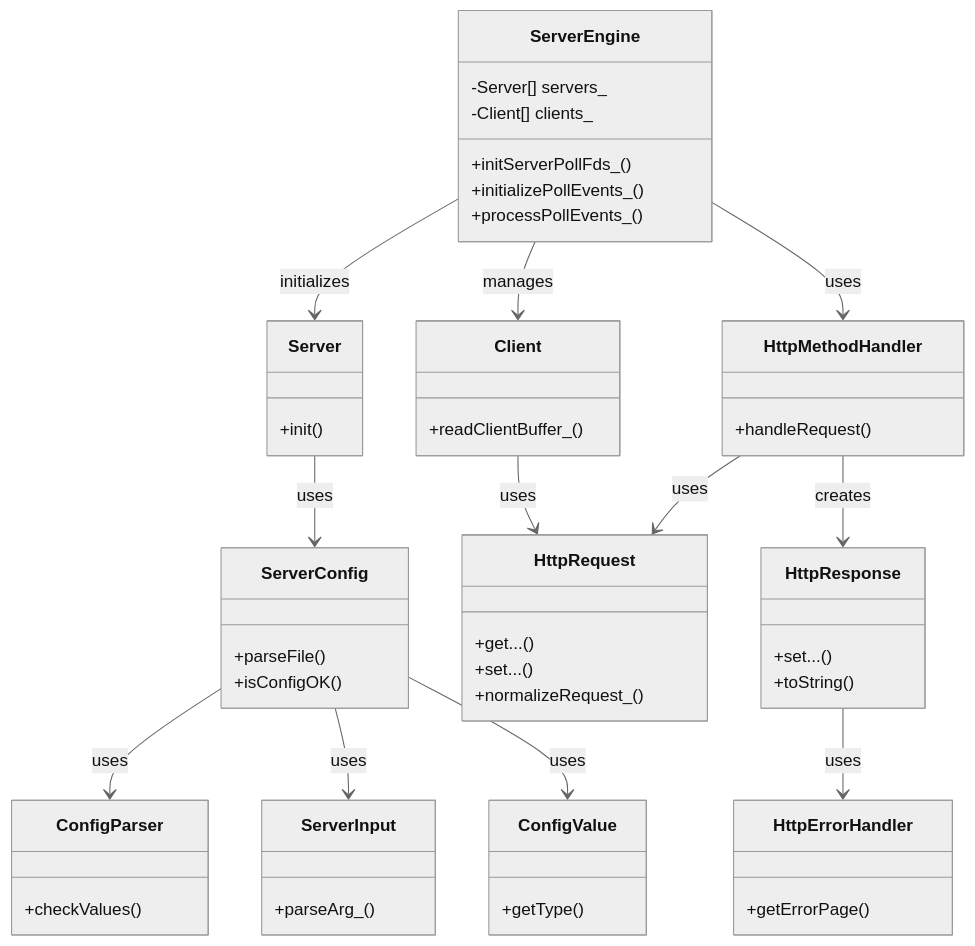
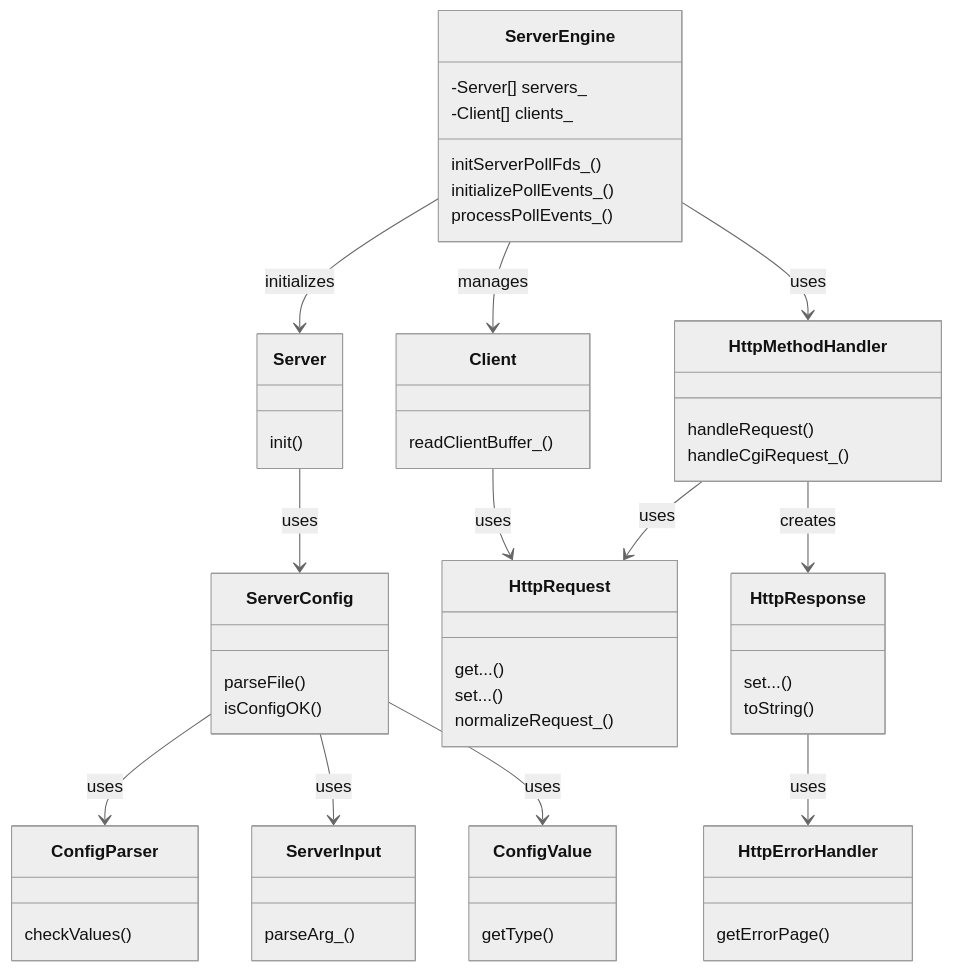
Before and after one commit to deniz-oezdemir/Webserv: the diagram in README.md, drawn with Mermaid (neutral theme). The commit also changed other lines of this file, not shown here.

````diff
--- a/README.md
+++ b/README.md
@@ -90,66 +71,67 @@
 ```mermaid
 classDiagram
     class ServerInput {
-        +parseArg_()
+        parseArg_()
     }
 
     class ServerConfig {
-        +parseFile()
-        +isConfigOK()
+        parseFile()
+        isConfigOK()
     }
 
     class ServerEngine {
         -Server[] servers_
         -Client[] clients_
-        +initServerPollFds_()
-        +initializePollEvents_()
-        +processPollEvents_()
+        initServerPollFds_()
+        initializePollEvents_()
+        processPollEvents_()
     }
 
     class Server {
-        +init()
+        init()
     }
 
     class Client {
-        +readClientBuffer_()
+        readClientBuffer_()
     }
 
     class ConfigParser {
-        +checkValues()
+        checkValues()
     }
 
     class ConfigValue {
-        +getType()
+        getType()
     }
 
     class HttpErrorHandler {
-        +getErrorPage()
+        getErrorPage()
     }
 
     class HttpMethodHandler {
-        +handleRequest()
+        handleRequest()
+        handleCgiRequest_()
     }
 
     class HttpRequest {
-        +get...()
-        +set...()
-        +normalizeRequest_()
+        get...()
+        set...()
+        normalizeRequest_()
     }
 
     class HttpResponse {
-        +set...()
-        +toString()
+        set...()
+        toString()
     }
 
     ServerEngine --> Client : manages
     ServerEngine --> Server : initializes
     ServerEngine --> HttpMethodHandler : uses
     Server --> ServerConfig : uses
     Client --> HttpRequest : uses
     HttpResponse --> HttpErrorHandler : uses
     HttpMethodHandler --> HttpRequest : uses
     HttpMethodHandler --> HttpResponse : creates
     ServerConfig --> ConfigParser : uses
     ServerConfig --> ServerInput : uses
     ServerConfig --> ConfigValue : uses
 ```
````
